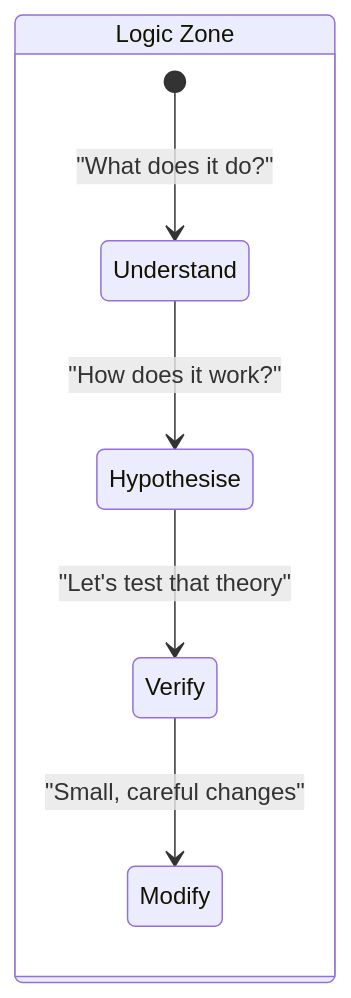
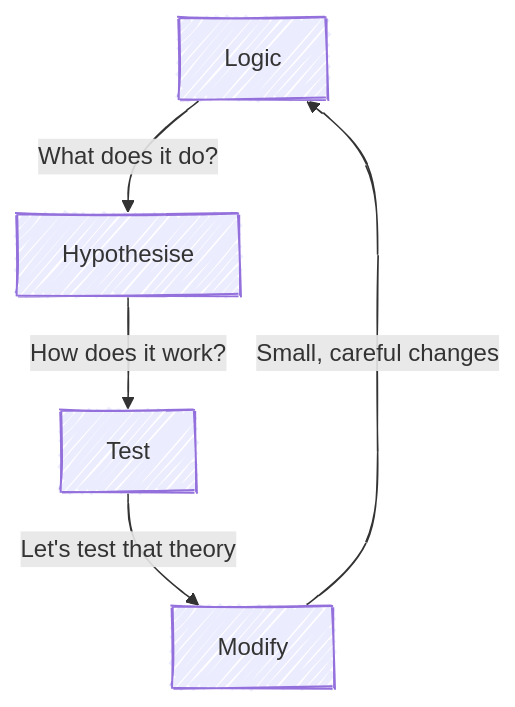
One commit to CodeYourFuture/curriculum changed the second of 2 diagrams in common-content/en/module/legacy/fear/index.md. Above: the diagram before and after it, drawn with Mermaid. The commit also changed other lines of this file and 10 other files, not shown here.

````diff
--- a/common-content/en/module/legacy/fear/index.md
+++ b/common-content/en/module/legacy/fear/index.md
@@ -28,10 +30,11 @@
 ```mermaid
-stateDiagram-v2
-    state "Logic Zone" as LZ {
-       [*] --> Understand: "What does it do?"
-        Understand --> Hypothesise: "How does it work?"
-        Hypothesise --> Verify: "Let's test that theory"
-        Verify --> Modify: "Small, careful changes"
-    }
+---
+config:
+  look: handDrawn
+---
+graph TD
+ Logic -->|What does it do?| Hypothesise
+    Hypothesise -->|How does it work?|Test
+    Test -->|Let's test that theory| Modify --->|Small, careful changes|Logic
 
 ```
````
